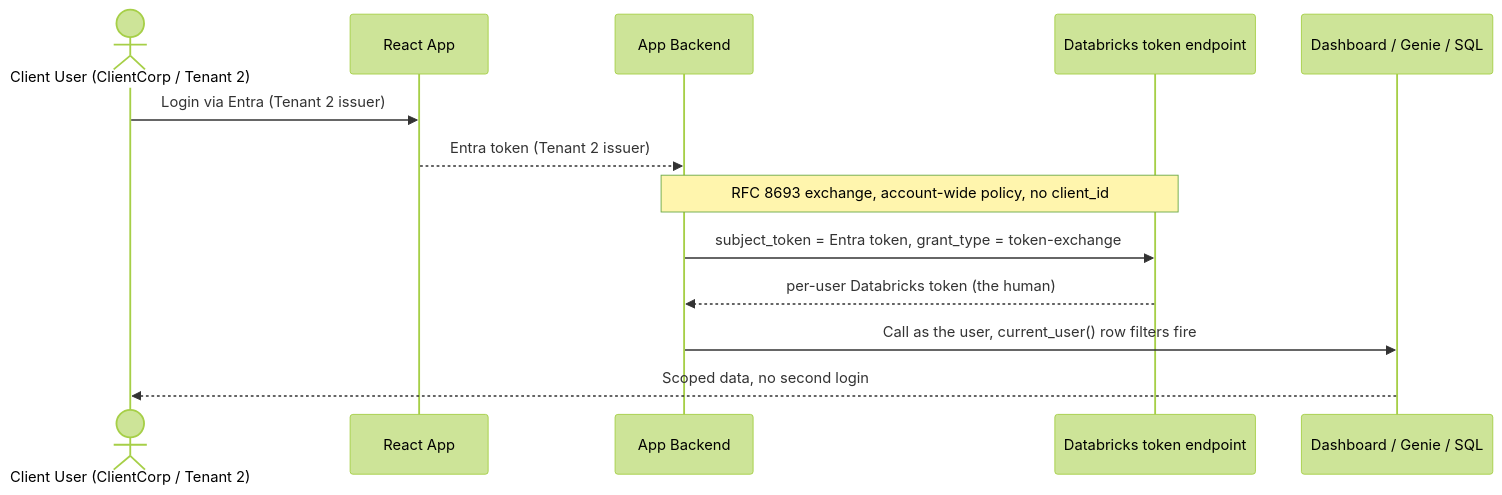
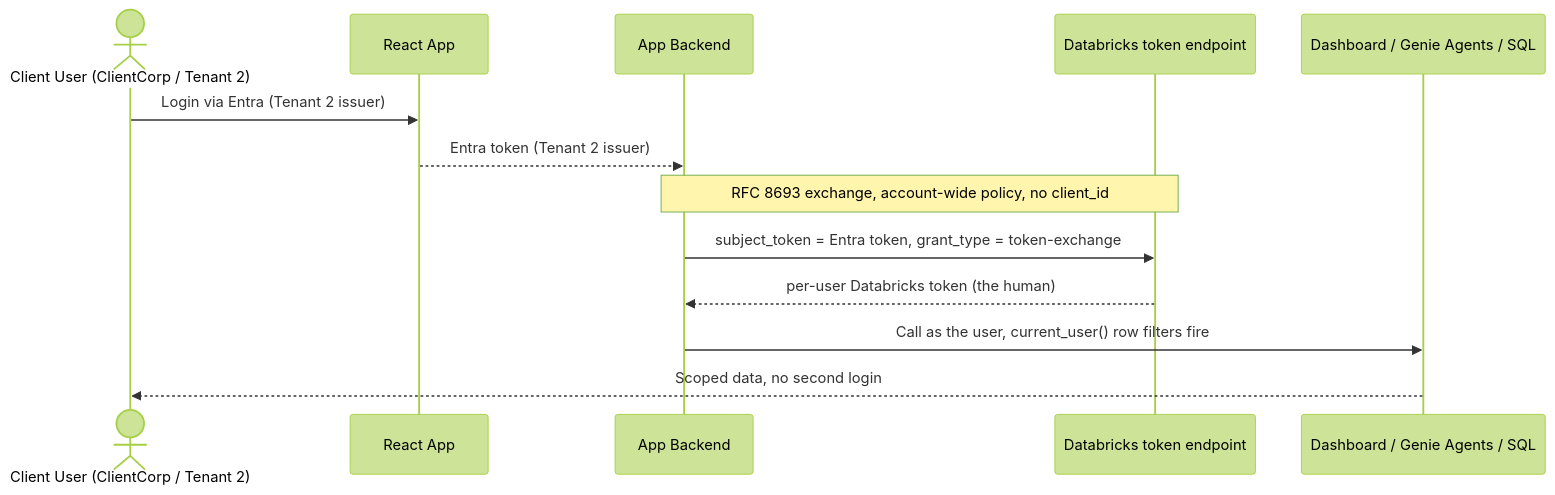
Before and after one commit to bhavink/applied-ai-governance: the second of 3 diagrams in identity/cross-tenant-entra-embedding.md, drawn with Mermaid (forest theme). The commit also changed other lines of this file and 37 other files, not shown here.

First line of the commit message:
docs: rename Genie Spaces/Genie to Genie Agents per product naming

````diff
--- a/identity/cross-tenant-entra-embedding.md
+++ b/identity/cross-tenant-entra-embedding.md
@@ -139,16 +139,16 @@
 ```mermaid
 sequenceDiagram
     actor User as Client User (ClientCorp / Tenant 2)
     participant App as React App
     participant BE as App Backend
     participant DBX as Databricks token endpoint
-    participant API as Dashboard / Genie / SQL
+    participant API as Dashboard / Genie Agents / SQL
 
     User->>App: Login via Entra (Tenant 2 issuer)
     App-->>BE: Entra token (Tenant 2 issuer)
     Note over BE,DBX: RFC 8693 exchange, account-wide policy, no client_id
     BE->>DBX: subject_token = Entra token, grant_type = token-exchange
     DBX-->>BE: per-user Databricks token (the human)
     BE->>API: Call as the user, current_user() row filters fire
     API-->>User: Scoped data, no second login
 ```
````
